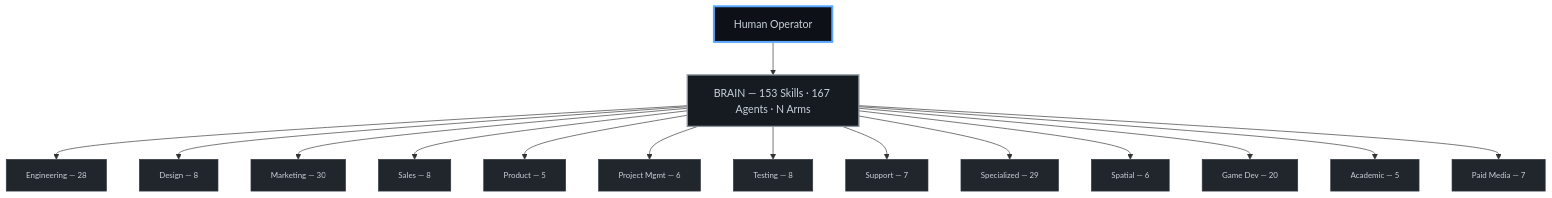
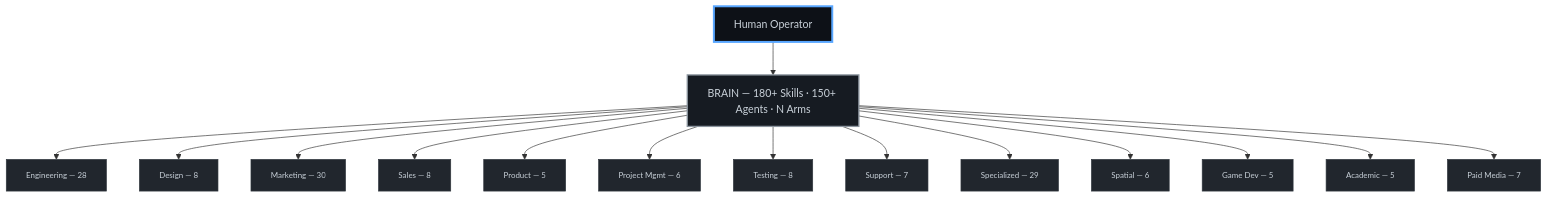
One commit to CarlosCaPe/octorato changed the diagram in README.md. Above: the diagram before and after it, drawn with Mermaid. The commit also changed other lines of this file, not shown here.

````diff
--- a/README.md
+++ b/README.md
@@ -510,24 +512,24 @@
 ```mermaid
 graph TB
     classDef ceo fill:#0D1117,stroke:#58A6FF,stroke-width:3px,color:#C9D1D9
     classDef brain fill:#161B22,stroke:#8B949E,stroke-width:2px,color:#C9D1D9
     classDef div fill:#21262D,stroke:#30363D,stroke-width:1px,color:#C9D1D9,font-size:12px
 
     CEO["Human Operator"]:::ceo
-    BRAIN["BRAIN — 153 Skills · 167 Agents · N Arms"]:::brain
+    BRAIN["BRAIN — 180+ Skills · 150+ Agents · N Arms"]:::brain
     CEO --> BRAIN
 
     BRAIN --> ENG["Engineering — 28"]:::div
     BRAIN --> DES["Design — 8"]:::div
     BRAIN --> MKT["Marketing — 30"]:::div
     BRAIN --> SAL["Sales — 8"]:::div
     BRAIN --> PRD["Product — 5"]:::div
     BRAIN --> PM["Project Mgmt — 6"]:::div
     BRAIN --> TST["Testing — 8"]:::div
     BRAIN --> SUP["Support — 7"]:::div
     BRAIN --> SPC["Specialized — 29"]:::div
     BRAIN --> XR["Spatial — 6"]:::div
-    BRAIN --> GMD["Game Dev — 20"]:::div
+    BRAIN --> GMD["Game Dev — 5"]:::div
     BRAIN --> ACD["Academic — 5"]:::div
     BRAIN --> PMA["Paid Media — 7"]:::div
 ```
````
